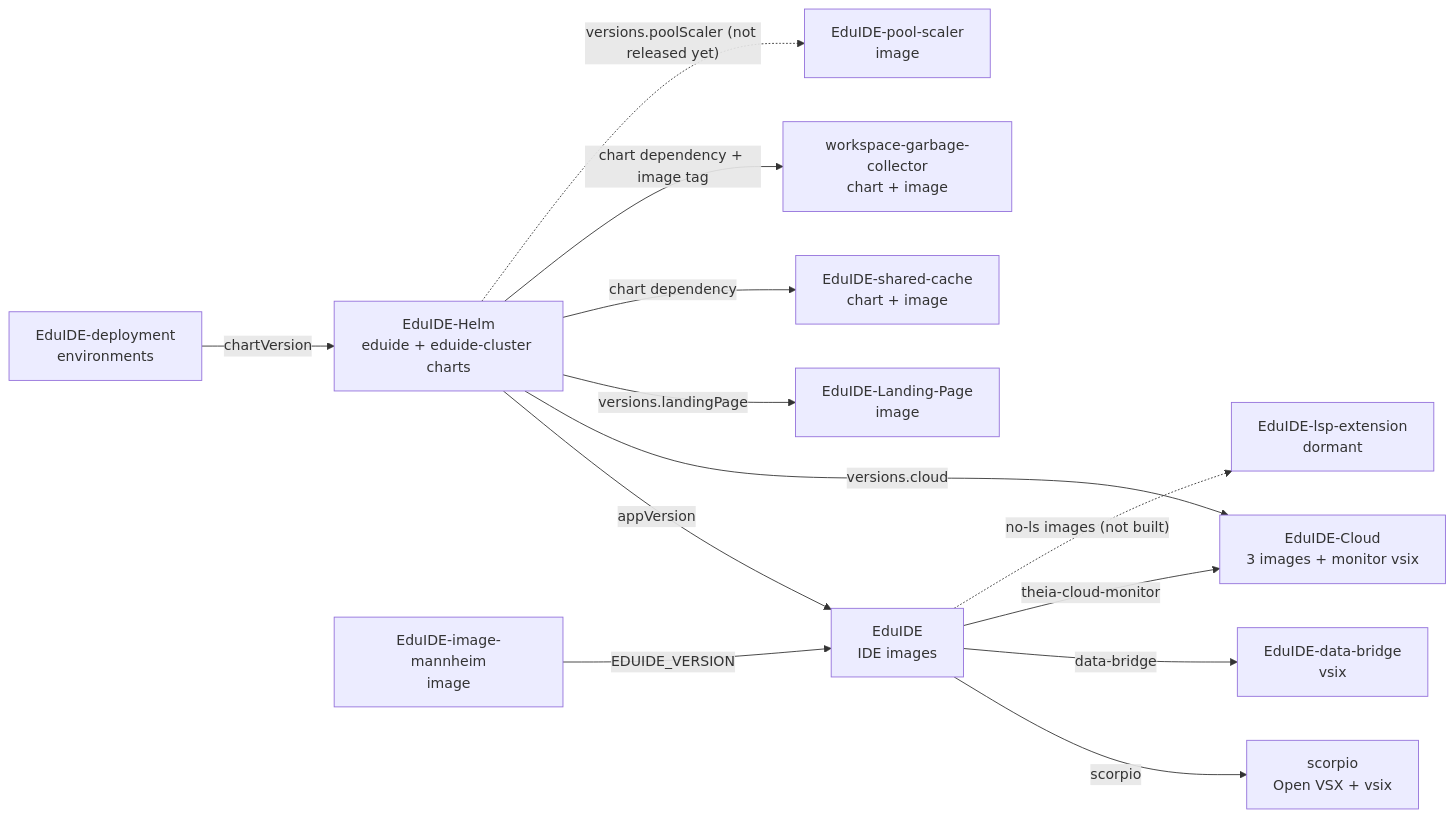
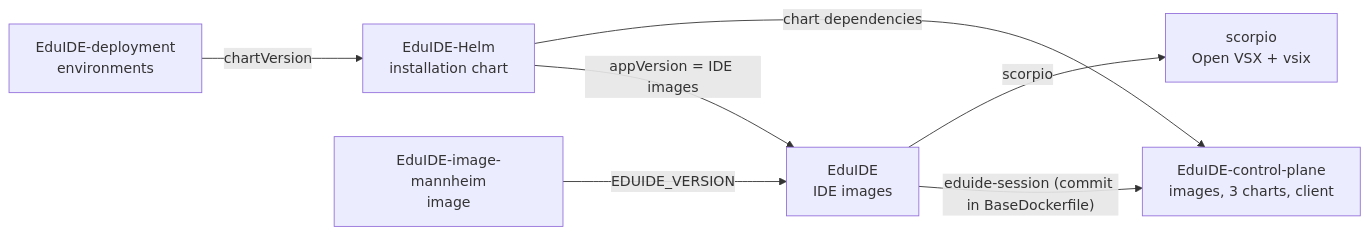
Before and after one commit to EduIDE/Docs: the diagram in docs/developer/guides/releases-and-dependencies.md, drawn with Mermaid. The commit also changed other lines of this file and 106 other files, not shown here.

First line of the commit message:
docs: EduIDE 3.0.0 (Go control plane) for all user groups (#26)

````diff
--- a/docs/developer/guides/releases-and-dependencies.md
+++ b/docs/developer/guides/releases-and-dependencies.md
@@ -14,28 +14,16 @@
 ```mermaid
 flowchart LR
   scorpio["scorpio<br/>Open VSX + vsix"]
-  bridge["EduIDE-data-bridge<br/>vsix"]
-  cloud["EduIDE-Cloud<br/>3 images + monitor vsix"]
-  landing["EduIDE-Landing-Page<br/>image"]
+  cp["EduIDE-control-plane<br/>images, 3 charts, client"]
   ide["EduIDE<br/>IDE images"]
-  gc["workspace-garbage-collector<br/>chart + image"]
-  cache["EduIDE-shared-cache<br/>chart + image"]
-  pool["EduIDE-pool-scaler<br/>image"]
-  lsp["EduIDE-lsp-extension<br/>dormant"]
-  helm["EduIDE-Helm<br/>eduide + eduide-cluster charts"]
+  helm["EduIDE-Helm<br/>installation chart"]
   mannheim["EduIDE-image-mannheim<br/>image"]
   deploy["EduIDE-deployment<br/>environments"]
 
   ide -- "scorpio" --> scorpio
-  ide -- "data-bridge" --> bridge
-  ide -- "theia-cloud-monitor" --> cloud
-  ide -. "no-ls images (not built)" .-> lsp
-  helm -- "appVersion" --> ide
-  helm -- "versions.cloud" --> cloud
-  helm -- "versions.landingPage" --> landing
-  helm -- "chart dependency" --> cache
-  helm -- "chart dependency + image tag" --> gc
-  helm -. "versions.poolScaler (not released yet)" .-> pool
+  ide -- "eduide-session (commit in BaseDockerfile)" --> cp
+  helm -- "chart dependencies" --> cp
+  helm -- "appVersion = IDE images" --> ide
   mannheim -- "EDUIDE_VERSION" --> ide
   deploy -- "chartVersion" --> helm
 ```
````
